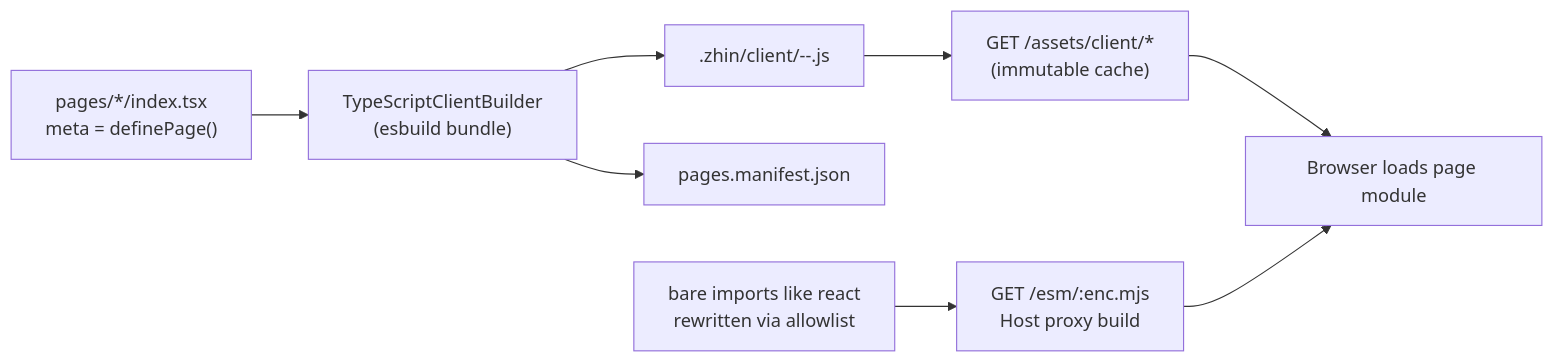
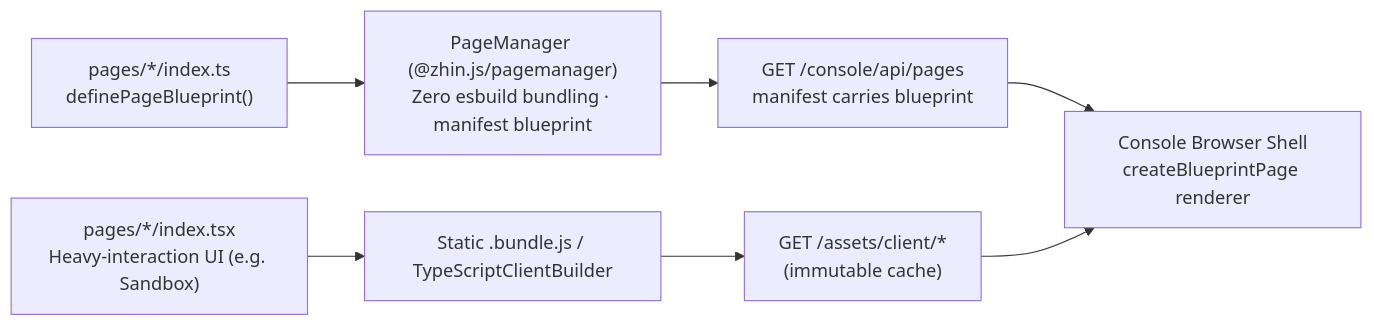
One commit to zhinjs/zhin changed the diagram in docs/en/authoring/console-pages.md. Above: the diagram before and after it, drawn with Mermaid. The commit also changed other lines of this file and 13 other files, not shown here.

Commit message:
docs: update architecture, console blueprints, capability graph, and READMEs for 5-direction refactor

````diff
--- a/docs/en/authoring/console-pages.md
+++ b/docs/en/authoring/console-pages.md
@@ -528,10 +586,9 @@
 ```mermaid
 flowchart LR
-    A["pages/*/index.tsx<br/>meta = definePage()"] --> B["TypeScriptClientBuilder<br/>(esbuild bundle)"]
-    B --> C[".zhin/client/<owner>-<name>-<hash>.js"]
-    B --> D["pages.manifest.json"]
-    C --> E["GET /assets/client/*<br/>(immutable cache)"]
-    F["bare imports like react<br/>rewritten via allowlist"] --> G["GET /esm/:enc.mjs<br/>Host proxy build"]
-    E --> H[Browser loads page module]
-    G --> H
+    BP["pages/*/index.ts<br/>definePageBlueprint()"] --> PM["PageManager (@zhin.js/pagemanager)<br/>Zero esbuild bundling · manifest blueprint"]
+    PM --> M["GET /console/api/pages<br/>manifest carries blueprint"]
+    M --> BR["Console Browser Shell<br/>createBlueprintPage renderer"]
+    TSX["pages/*/index.tsx<br/>Heavy-interaction UI (e.g. Sandbox)"] --> B["Static .bundle.js / TypeScriptClientBuilder"]
+    B --> E["GET /assets/client/*<br/>(immutable cache)"]
+    E --> BR
 ```
````
